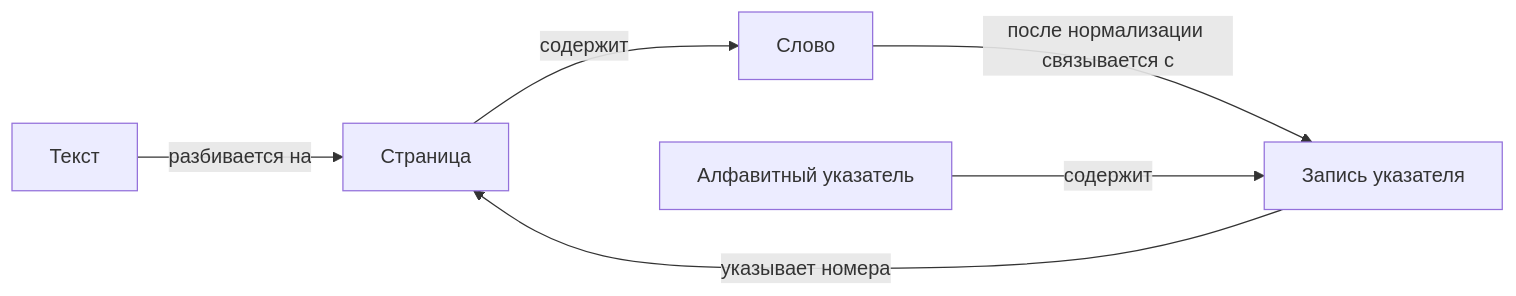
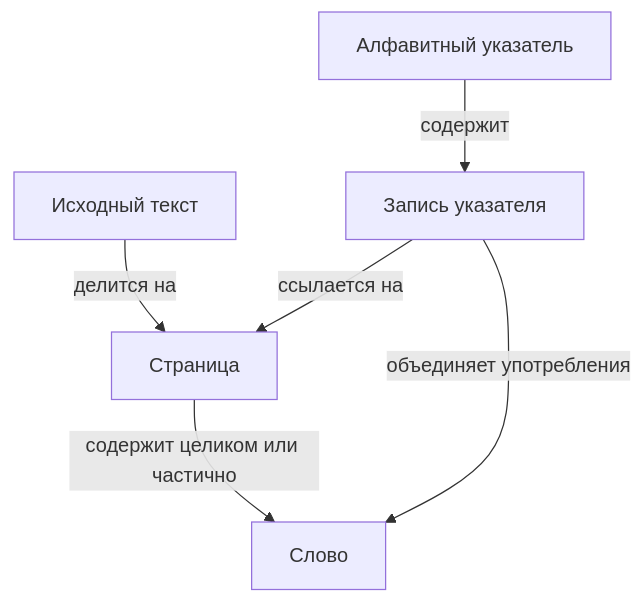
One commit to Gamma-Epsilon/Alphabetical_Index changed the first of 2 diagrams in AlphabeticalIndexDesign.md. Above: the diagram before and after it, drawn with Mermaid. The commit also changed other lines of this file and 27 other files, not shown here.

Commit message:
Change SortedSequence to SortedArray and samples for GUI

````diff
--- a/AlphabeticalIndexDesign.md
+++ b/AlphabeticalIndexDesign.md
@@ -61,8 +27,8 @@
 ```mermaid
-flowchart LR
-    TEXT["Текст"] -->|"разбивается на"| PAGE["Страница"]
-    PAGE -->|"содержит"| WORD["Слово"]
-    WORD -->|"после нормализации связывается с"| ENTRY["Запись указателя"]
-    INDEX["Алфавитный указатель"] -->|"содержит"| ENTRY
-    ENTRY -->|"указывает номера"| PAGE
+flowchart TD
+    Text["Исходный текст"] -->|"делится на"| Page["Страница"]
+    Page -->|"содержит целиком или частично"| Word["Слово"]
+    Index["Алфавитный указатель"] -->|"содержит"| Entry["Запись указателя"]
+    Entry -->|"объединяет употребления"| Word
+    Entry -->|"ссылается на"| Page
 ```
````
